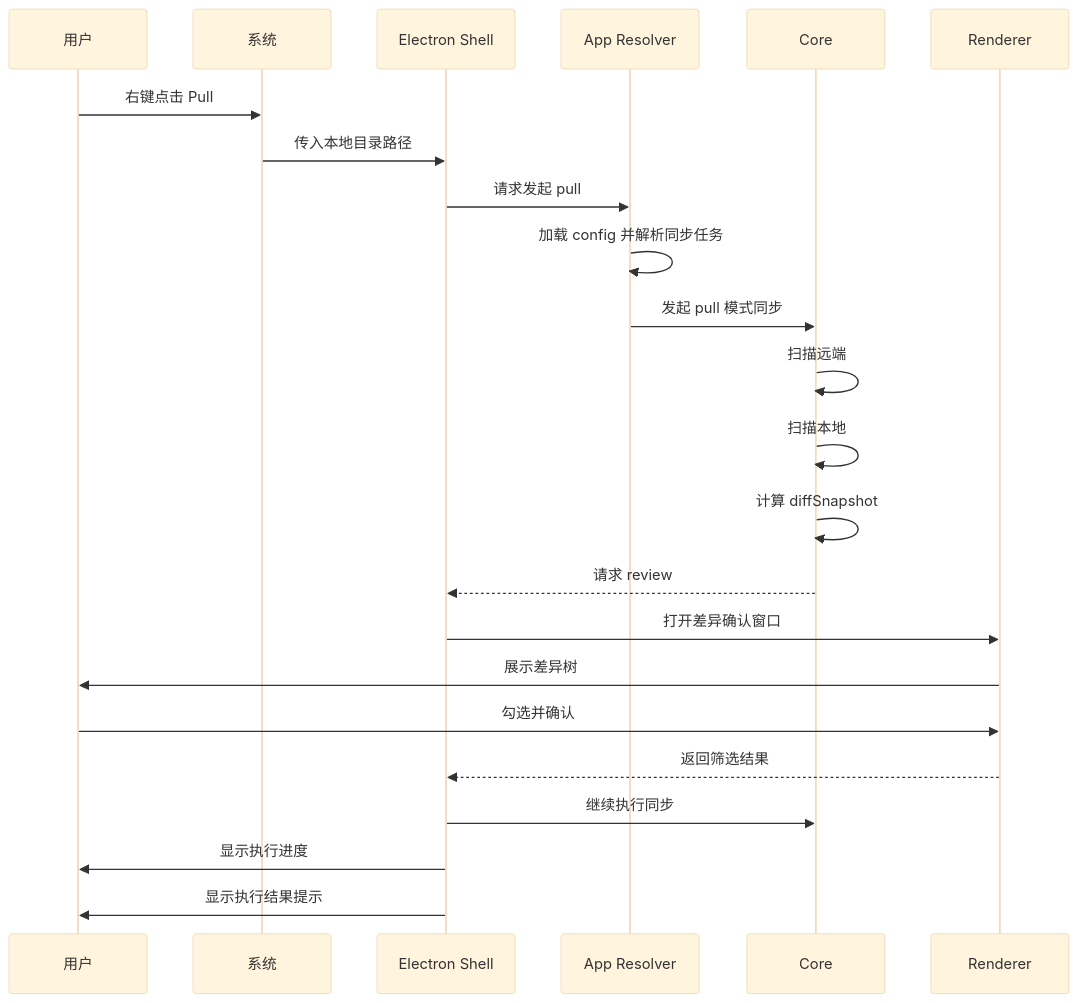
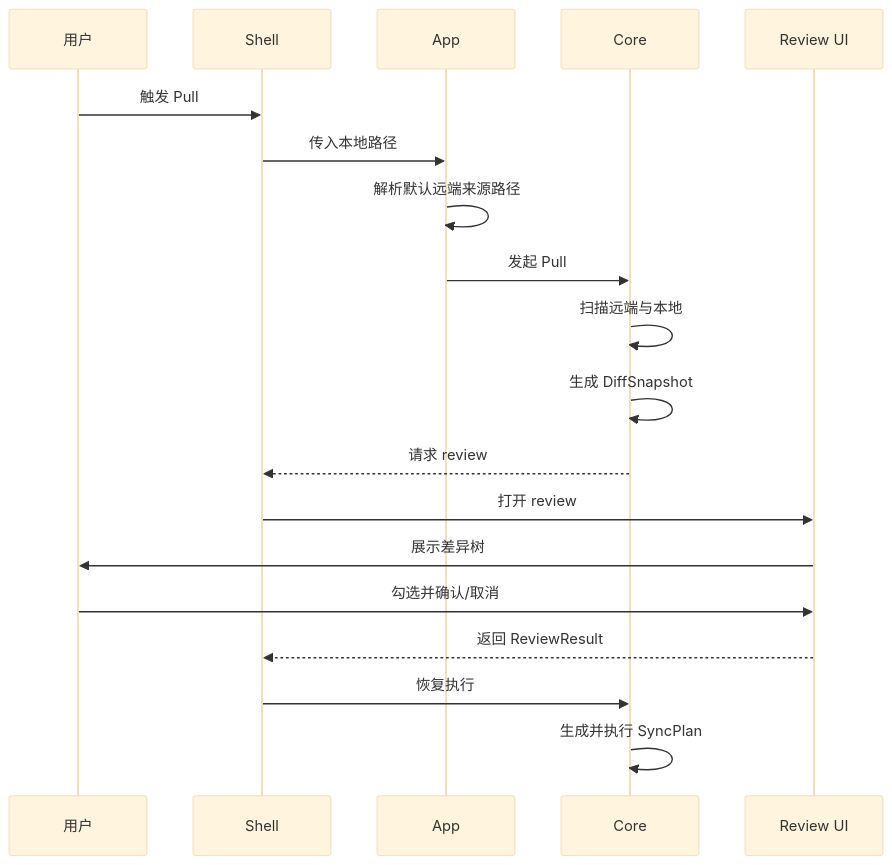
Before and after one commit to agalloch21/sync-with-rclone: the fifth of 9 diagrams in docs/Flows.md, drawn with Mermaid (base theme). The commit also changed other lines of this file and 4 other files, not shown here.

````diff
--- a/docs/Flows.md
+++ b/docs/Flows.md
@@ -137,26 +102,22 @@
 ```mermaid
 sequenceDiagram
   participant U as 用户
-  participant OS as 系统
-  participant M as Electron Shell
-  participant A as App Resolver
+  participant S as Shell
+  participant A as App
   participant C as Core
-  participant R as Renderer
+  participant R as Review UI
 
-  U->>OS: 右键点击 Pull
-  OS->>M: 传入本地目录路径
-  M->>A: 请求发起 pull
-  A->>A: 加载 config 并解析同步任务
-  A->>C: 发起 pull 模式同步
-  C->>C: 扫描远端
-  C->>C: 扫描本地
-  C->>C: 计算 diffSnapshot
-  C-->>M: 请求 review
-  M->>R: 打开差异确认窗口
+  U->>S: 触发 Pull
+  S->>A: 传入本地路径
+  A->>A: 解析默认远端来源路径
+  A->>C: 发起 Pull
+  C->>C: 扫描远端与本地
+  C->>C: 生成 DiffSnapshot
+  C-->>S: 请求 review
+  S->>R: 打开 review
   R->>U: 展示差异树
-  U->>R: 勾选并确认
-  R-->>M: 返回筛选结果
-  M->>C: 继续执行同步
-  M->>U: 显示执行进度
-  M->>U: 显示执行结果提示
+  U->>R: 勾选并确认/取消
+  R-->>S: 返回 ReviewResult
+  S->>C: 恢复执行
+  C->>C: 生成并执行 SyncPlan
 ```
````
